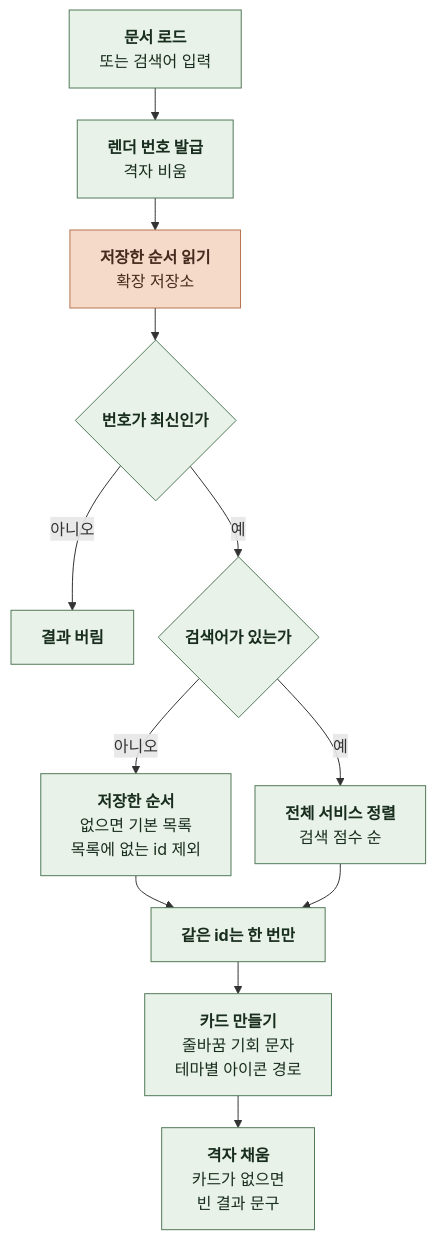
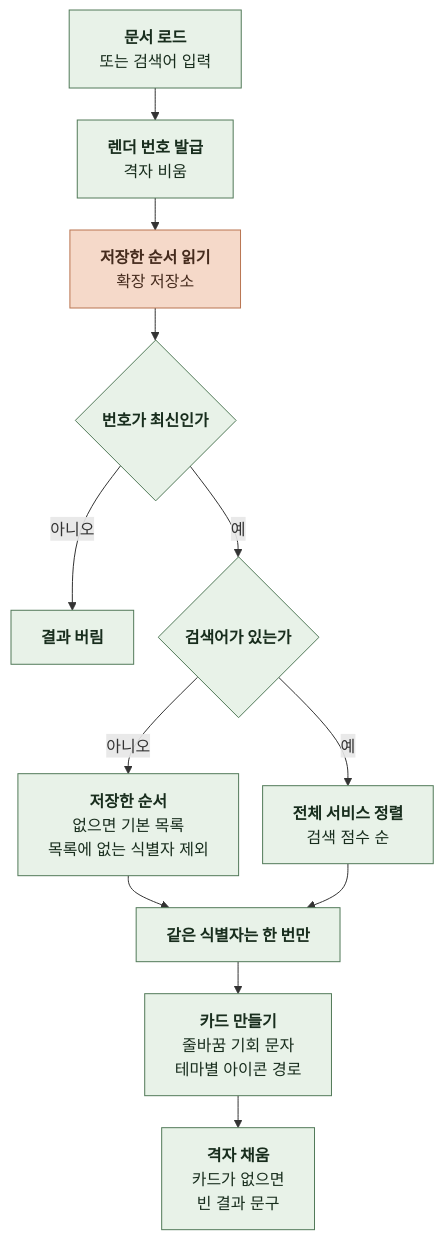
The first of 7 diagrams in docs/spec/6-1-INTERACTION.md (kangkyunghyun/LinKHU), drawn with Mermaid before and after one commit. The commit also changed other lines of this file and 23 other files, not shown here.

````diff
--- a/docs/spec/6-1-INTERACTION.md
+++ b/docs/spec/6-1-INTERACTION.md
@@ -13,29 +13,29 @@
 ```mermaid
 %%{init: {"flowchart": {"curve": "basis", "nodeSpacing": 24, "rankSpacing": 32}}}%%
 flowchart TD
     A["`**문서 로드**
 또는 검색어 입력`"] --> B["`**렌더 번호 발급**
 격자 비움`"]
     B --> C["`**저장한 순서 읽기**
 확장 저장소`"]
     C --> D{"`**번호가 최신인가**`"}
     D -->|아니오| X["`**결과 버림**`"]
     D -->|예| E{"`**검색어가 있는가**`"}
     E -->|아니오| F["`**저장한 순서**
 없으면 기본 목록
-목록에 없는 id 제외`"]
+목록에 없는 식별자 제외`"]
     E -->|예| G["`**전체 서비스 정렬**
 검색 점수 순`"]
-    F --> H["`**같은 id는 한 번만**`"]
+    F --> H["`**같은 식별자는 한 번만**`"]
     G --> H
     H --> I["`**카드 만들기**
 줄바꿈 기회 문자
 테마별 아이콘 경로`"]
     I --> J["`**격자 채움**
 카드가 없으면
 빈 결과 문구`"]
     classDef comp fill:#E8F2E8,stroke:#527A59,color:#182D1D
     classDef store fill:#F5D9C9,stroke:#B97450,color:#452B1D
     class A,B,D,E,X,F,G,H,I,J comp
     class C store
 ```
````
